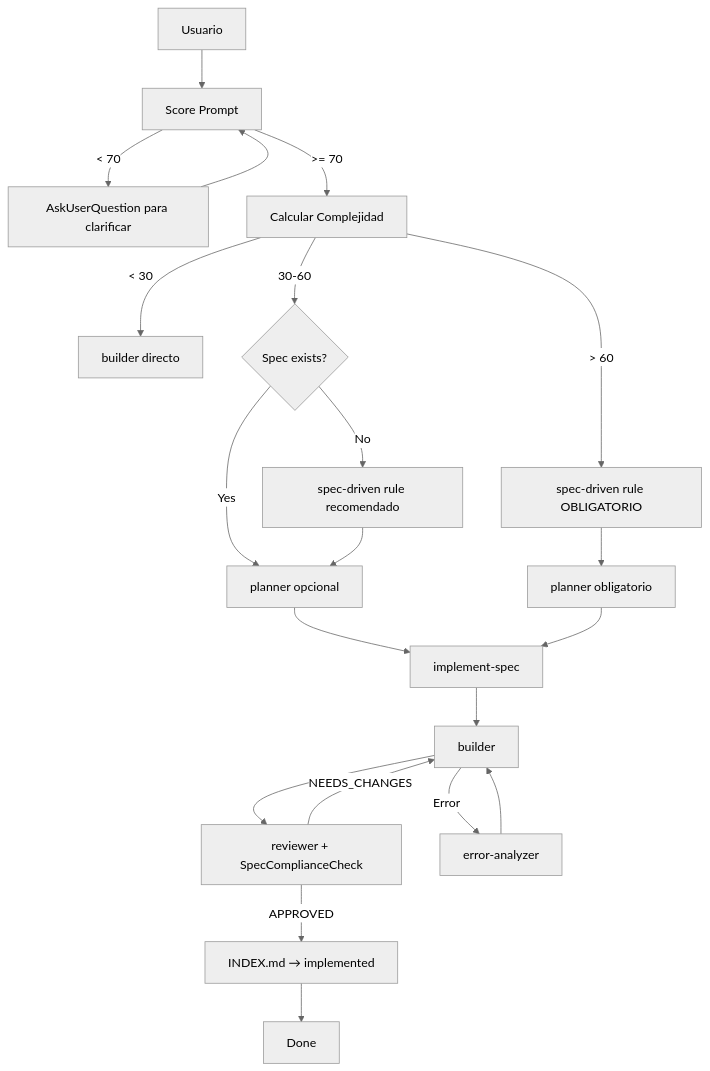
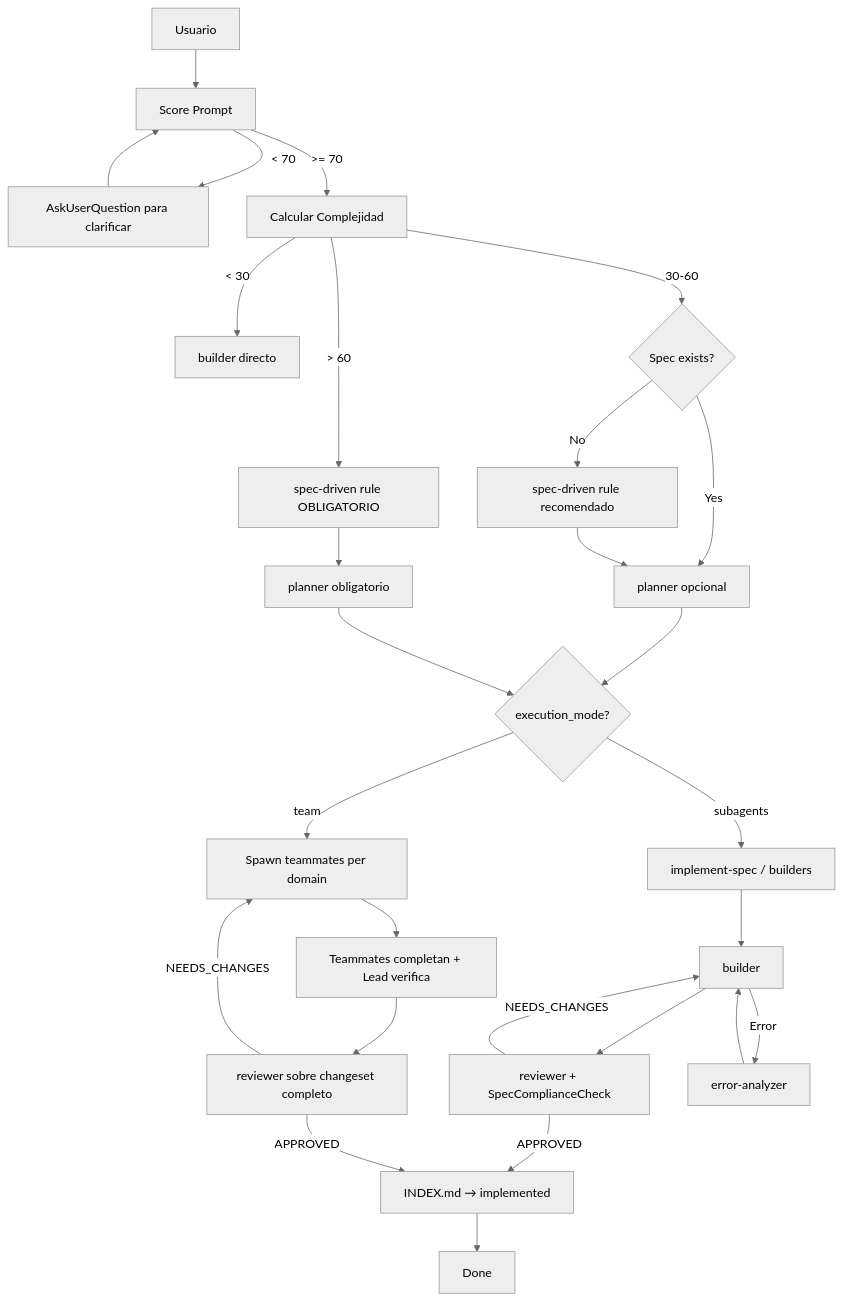
One commit to MaciWP/claude-code-poneglyph changed the first of 2 diagrams in .claude/rules/lead-orchestrator.md. Above: the diagram before and after it, drawn with Mermaid (neutral theme). The commit also changed other lines of this file and 30 other files, not shown here.

````diff
--- a/.claude/rules/lead-orchestrator.md
+++ b/.claude/rules/lead-orchestrator.md
@@ -31,22 +31,28 @@
 ```mermaid
 graph TD
     U[Usuario] --> S[Score Prompt]
     S -->|< 70| AUQ[AskUserQuestion para clarificar]
     AUQ --> S
     S -->|>= 70| C[Calcular Complejidad]
     C -->|< 30| B[builder directo]
     C -->|30-60| SP1{Spec exists?}
     C -->|> 60| SP2[spec-driven rule OBLIGATORIO]
     SP1 -->|Yes| P1[planner opcional]
     SP1 -->|No| SG1[spec-driven rule recomendado]
     SG1 --> P1
     SP2 --> P2[planner obligatorio]
-    P1 & P2 --> IS[implement-spec]
+    P1 & P2 --> MD{execution_mode?}
+    MD -->|subagents| IS[implement-spec / builders]
+    MD -->|team| TM[Spawn teammates per domain]
     IS --> B2[builder]
+    TM --> TV[Teammates completan + Lead verifica]
+    TV --> R2[reviewer sobre changeset completo]
     B2 --> R[reviewer + SpecComplianceCheck]
     R -->|APPROVED| IX[INDEX.md → implemented]
+    R2 -->|APPROVED| IX
     IX --> D[Done]
     R -->|NEEDS_CHANGES| B2
+    R2 -->|NEEDS_CHANGES| TM
     B2 -->|Error| EA[error-analyzer]
     EA --> B2
 ```
````
